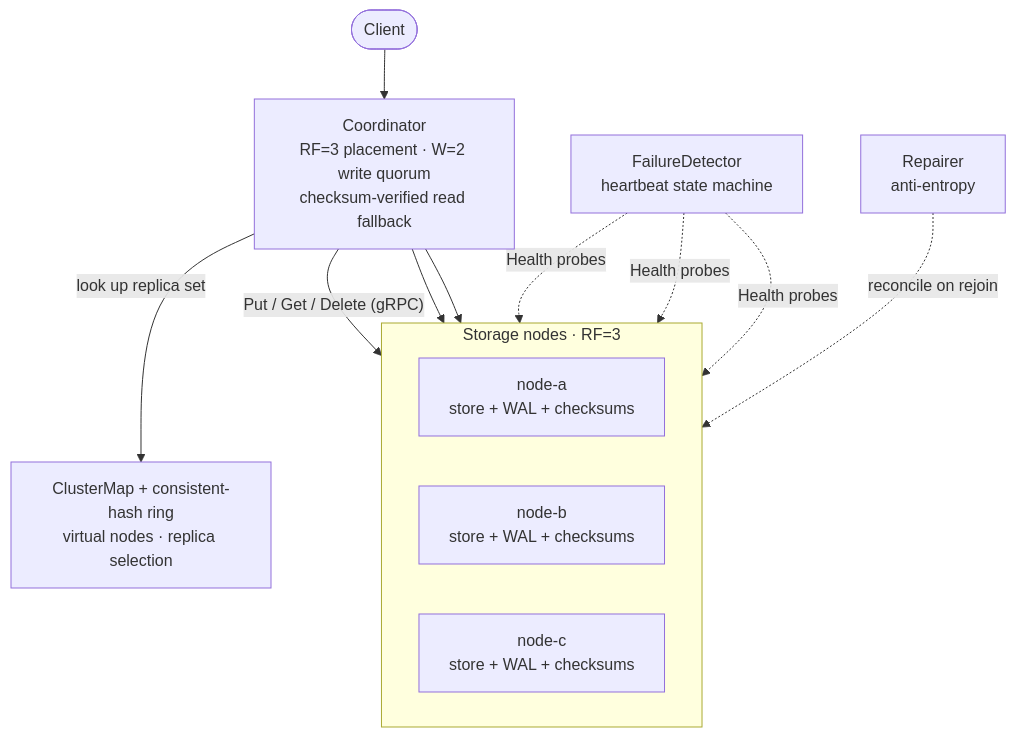
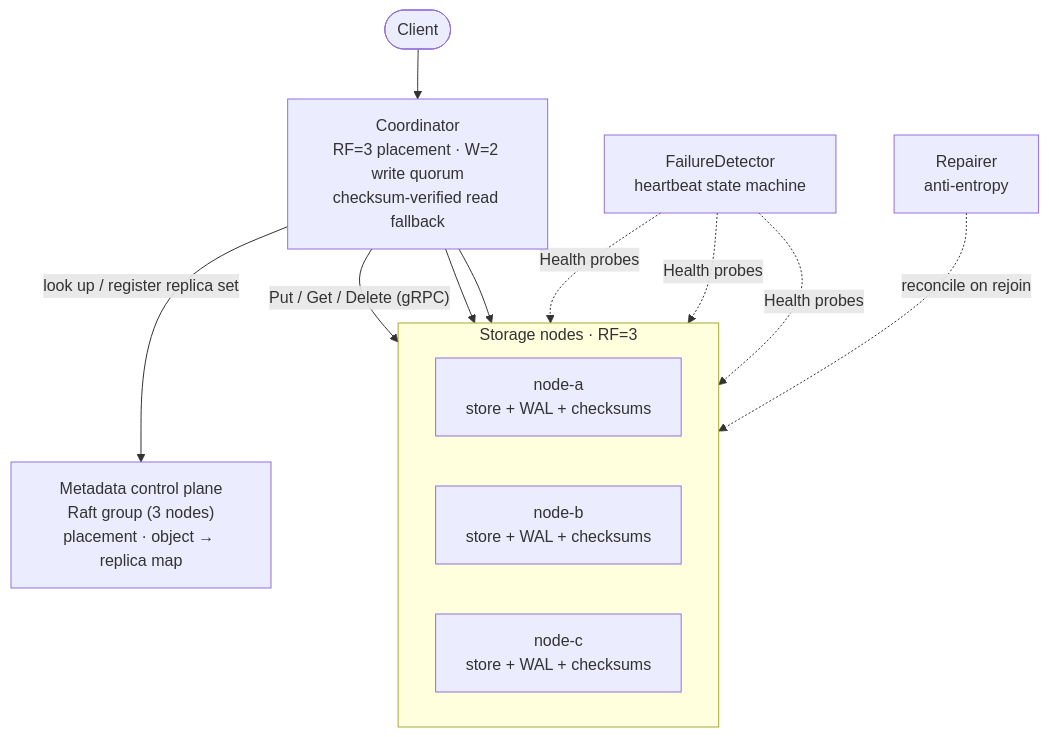
The diagram in README.md (snehalgore1/distributed-object-storage), drawn with Mermaid before and after one commit. The commit also changed other lines of this file, not shown here.

````diff
--- a/README.md
+++ b/README.md
@@ -42,23 +140,23 @@
 ```mermaid
 flowchart TB
     client([Client])
     coord["Coordinator<br/>RF=3 placement · W=2 write quorum<br/>checksum-verified read fallback"]
-    ring["ClusterMap + consistent-hash ring<br/>virtual nodes · replica selection"]
+    meta["Metadata control plane<br/>Raft group (3 nodes)<br/>placement · object → replica map"]
     fd["FailureDetector<br/>heartbeat state machine"]
     rep["Repairer<br/>anti-entropy"]
 
     subgraph cluster [Storage nodes · RF=3]
       direction LR
       A["node-a<br/>store + WAL + checksums"]
       B["node-b<br/>store + WAL + checksums"]
       C["node-c<br/>store + WAL + checksums"]
     end
 
     client --> coord
-    coord -->|"look up replica set"| ring
+    coord -->|"look up / register replica set"| meta
     coord -->|"Put / Get / Delete (gRPC)"| A
     coord --> B
     coord --> C
     fd -.->|"Health probes"| A & B & C
     rep -.->|"reconcile on rejoin"| C
 ```
````
